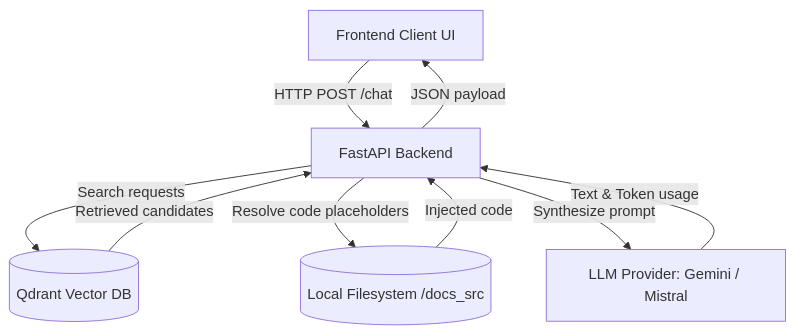
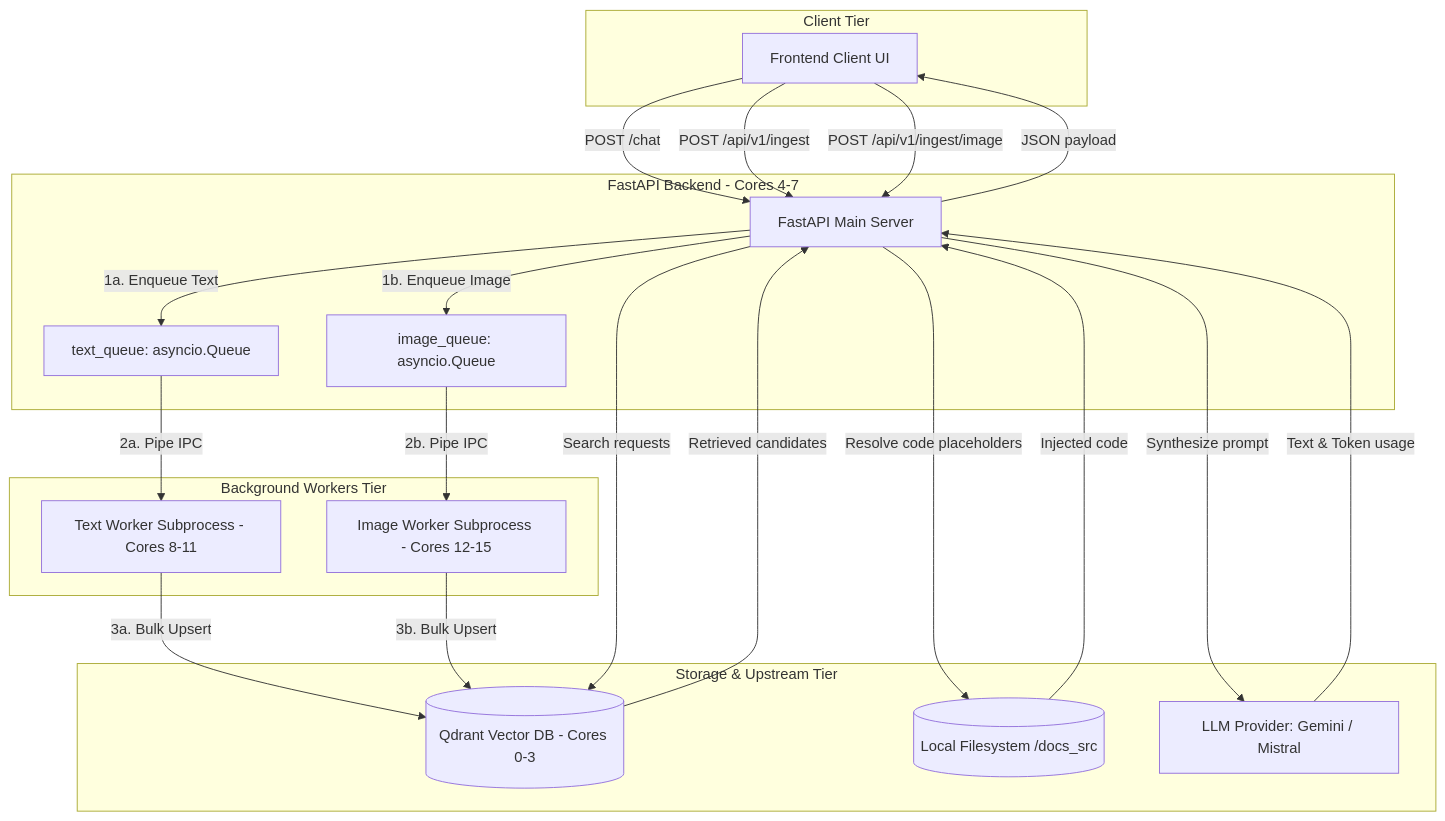
One commit to parthmh/fastapi_doc_rag changed the first of 2 diagrams in docs/architecture.md. Above: the diagram before and after it, drawn with Mermaid. The commit also changed other lines of this file and 4 other files, not shown here.

Commit message:
docs: update architecture, dataflow, deployment, index, and multiprocessing pipelines for multimodal image worker integration

````diff
--- a/docs/architecture.md
+++ b/docs/architecture.md
@@ -5,11 +5,44 @@
 ```mermaid
 graph TD
-    UI[Frontend Client UI] -->|HTTP POST /chat| API[FastAPI Backend]
-    API -->|Search requests| DB[(Qdrant Vector DB)]
+    subgraph Client Tier
+        UI[Frontend Client UI]
+    end
+
+    subgraph API Tier [FastAPI Backend - Cores 4-7]
+        API[FastAPI Main Server]
+        QueueText[text_queue: asyncio.Queue]
+        QueueImage[image_queue: asyncio.Queue]
+    end
+
+    subgraph Background Workers Tier
+        SubText[Text Worker Subprocess - Cores 8-11]
+        SubImage[Image Worker Subprocess - Cores 12-15]
+    end
+
+    subgraph Storage & Upstream Tier
+        DB[(Qdrant Vector DB - Cores 0-3)]
+        FS[(Local Filesystem /docs_src)]
+        LLM[LLM Provider: Gemini / Mistral]
+    end
+
+    UI -->|POST /chat| API
+    UI -->|POST /api/v1/ingest| API
+    UI -->|POST /api/v1/ingest/image| API
+    
+    API -->|1a. Enqueue Text| QueueText
+    API -->|1b. Enqueue Image| QueueImage
+    
+    QueueText -->|2a. Pipe IPC| SubText
+    QueueImage -->|2b. Pipe IPC| SubImage
+    
+    SubText -->|3a. Bulk Upsert| DB
+    SubImage -->|3b. Bulk Upsert| DB
+    
+    API -->|Search requests| DB
     DB -->|Retrieved candidates| API
-    API -->|Resolve code placeholders| FS[(Local Filesystem /docs_src)]
+    API -->|Resolve code placeholders| FS
     FS -->|Injected code| API
-    API -->|Synthesize prompt| LLM[LLM Provider: Gemini / Mistral]
+    API -->|Synthesize prompt| LLM
     LLM -->|Text & Token usage| API
     API -->|JSON payload| UI
 ```
````
